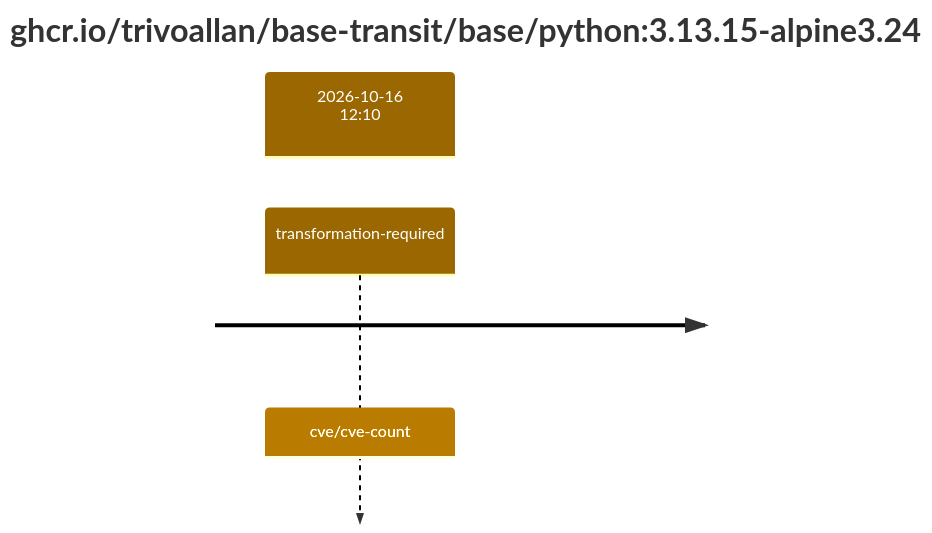
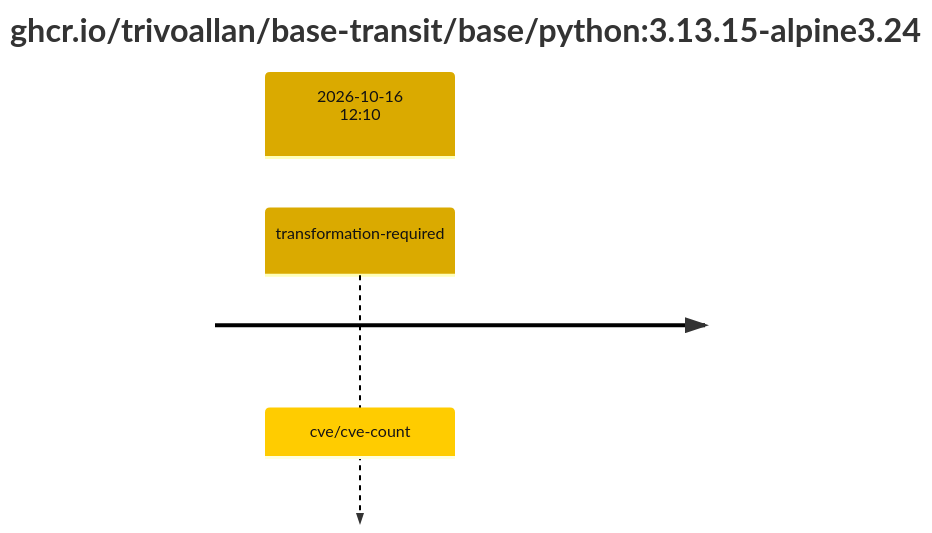
Before and after one commit to trivoallan/base-images: the second of 2 diagrams in results/reports/base-python-3/sha256:33d9c701fd82efb0351becac53606082ee382017eaeddba7b91d6cf748238f1c.md, drawn with Mermaid. The commit also changed other lines of this file and 12 other files, not shown here.

````diff
--- a/results/reports/base-python-3/sha256:33d9c701fd82efb0351becac53606082ee382017eaeddba7b91d6cf748238f1c.md
+++ b/results/reports/base-python-3/sha256:33d9c701fd82efb0351becac53606082ee382017eaeddba7b91d6cf748238f1c.md
@@ -24,7 +24,7 @@
 ```mermaid
-%%{init: {"theme": "default", "themeVariables": {"cScale0": "#9a6700", "cScaleLabel0": "#ffffff"}}}%%
+%%{init: {"theme": "default", "themeVariables": {"cScale0": "#daaa00", "cScaleLabel0": "#121212"}}}%%
 timeline
     title ghcr.io/trivoallan/base-transit/base/python#58;3.13.15-alpine3.24
     section 2026-10-16 12#58;10
         transformation-required : cve/cve-count
 ```
````
